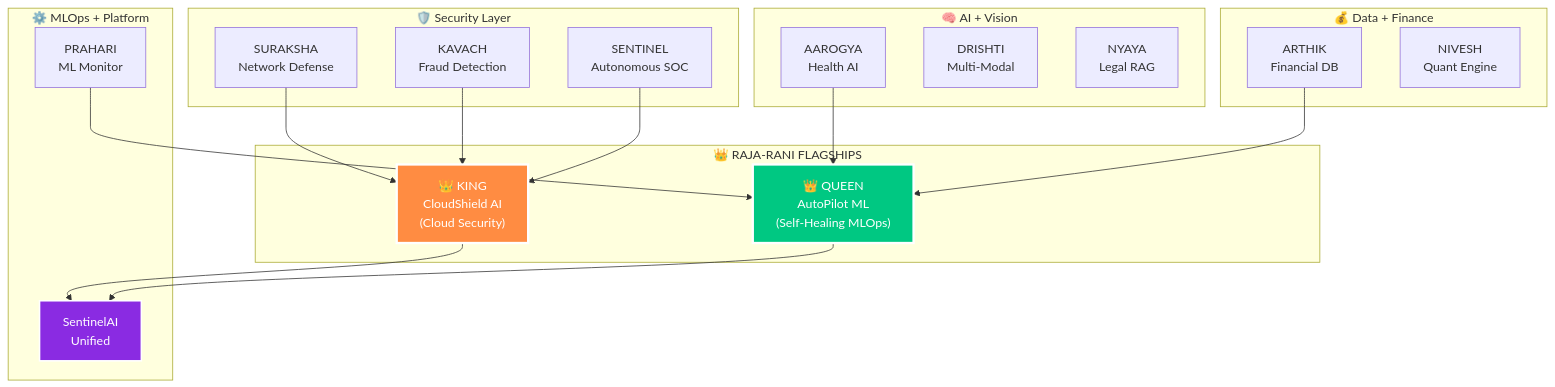
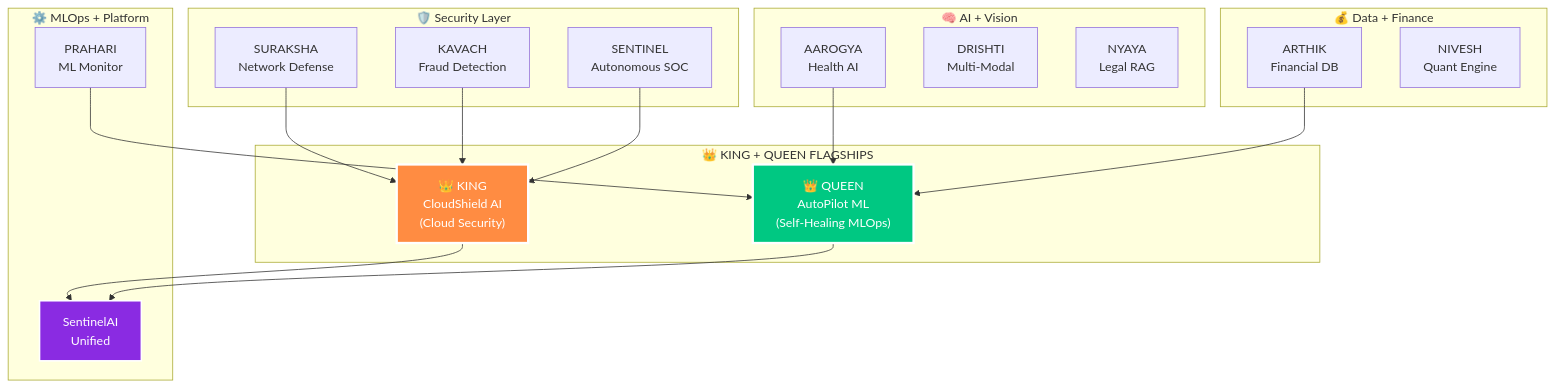
The diagram in README.md (dharunvishnu2006-ctrl/dharunvishnu2006-ctrl), drawn with Mermaid before and after one commit. The commit also changed other lines of this file, not shown here.

````diff
--- a/README.md
+++ b/README.md
@@ -199,43 +162,43 @@
 ```mermaid
 graph TB
-    subgraph FLAGSHIPS["👑 RAJA-RANI FLAGSHIPS"]
+    subgraph FLAGSHIPS["👑 KING + QUEEN FLAGSHIPS"]
         KING["👑 KING<br/>CloudShield AI<br/>(Cloud Security)"]
         QUEEN["👑 QUEEN<br/>AutoPilot ML<br/>(Self-Healing MLOps)"]
     end
 
     subgraph SEC["🛡️ Security Layer"]
         SUR[SURAKSHA<br/>Network Defense]
         KAV[KAVACH<br/>Fraud Detection]
         SEN[SENTINEL<br/>Autonomous SOC]
     end
 
     subgraph DATA["💰 Data + Finance"]
         ART[ARTHIK<br/>Financial DB]
         NIV[NIVESH<br/>Quant Engine]
     end
 
     subgraph AI["🧠 AI + Vision"]
         AAR[AAROGYA<br/>Health AI]
         DRI[DRISHTI<br/>Multi-Modal]
         NYA[NYAYA<br/>Legal RAG]
     end
 
     subgraph OPS["⚙️ MLOps + Platform"]
         PRA[PRAHARI<br/>ML Monitor]
         SEN2[SentinelAI<br/>Unified]
     end
 
     SUR --> KING
     KAV --> KING
     AAR --> QUEEN
     ART --> QUEEN
     PRA --> QUEEN
     SEN --> KING
 
     KING --> SEN2
     QUEEN --> SEN2
 
     style KING fill:#FF8C42,stroke:#fff,color:#fff,stroke-width:3px
     style QUEEN fill:#00C882,stroke:#fff,color:#fff,stroke-width:3px
     style SEN2 fill:#8A2BE2,stroke:#fff,color:#fff,stroke-width:2px
 ```
````
